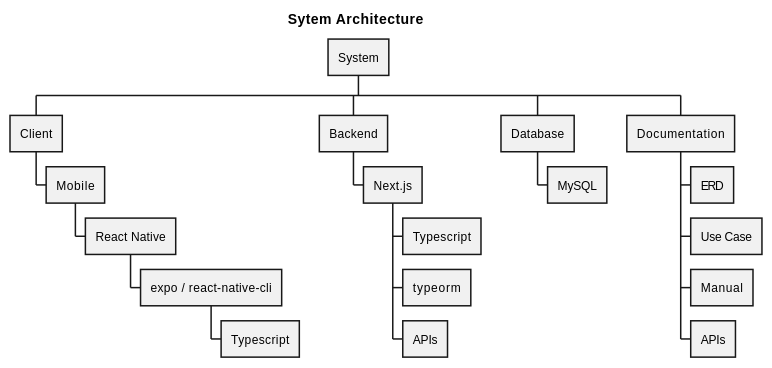
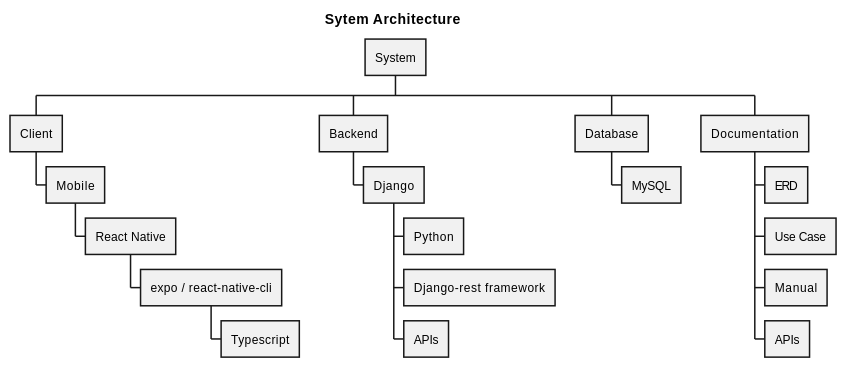
One commit to Tevingatheru/journal-react changed the diagram in docs/overall-architecture.md. Above: the diagram before and after it, drawn with PlantUML. The commit also changed 3 other files, not shown here.

````diff
--- a/docs/overall-architecture.md
+++ b/docs/overall-architecture.md
@@ -1,25 +1,25 @@
 ```plantuml
 @startwbs
 
 title Sytem Architecture
 
 * System
 ** Client
 *** Mobile
 **** React Native
 ***** expo / react-native-cli
 ****** Typescript
 ** Backend
-*** Next.js
-**** Typescript
-**** typeorm
+*** Django
+**** Python
+**** Django-rest framework
 **** APIs
 ** Database
 *** MySQL
 ** Documentation
 *** ERD
 *** Use Case
 *** Manual
 *** APIs
 @endwbs
 ```
````
